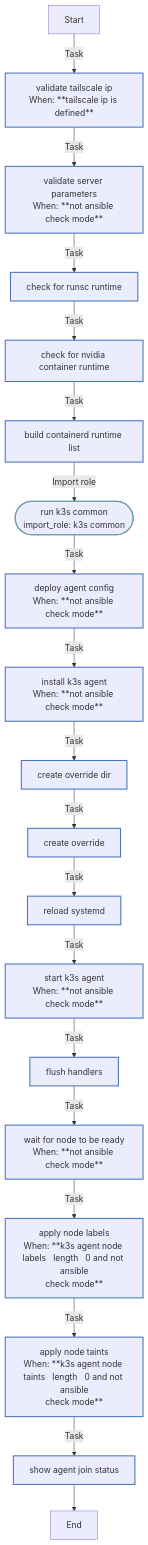
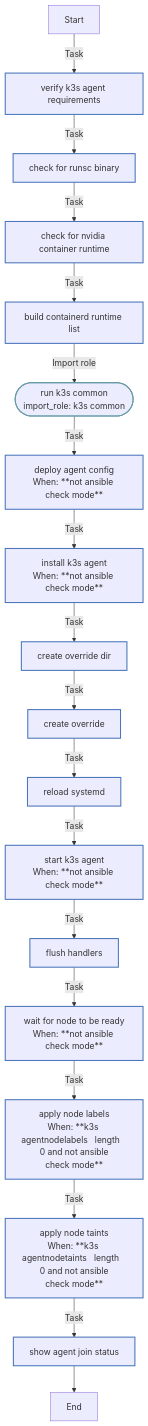
The diagram in roles/k3s_agent/README.md (rou-cru/k3s-homelab), drawn with Mermaid before and after one commit. The commit also changed other lines of this file and 57 other files, not shown here.

````diff
--- a/roles/k3s_agent/README.md
+++ b/roles/k3s_agent/README.md
@@ -143,31 +142,30 @@
 ```mermaid
 flowchart TD
 Start
 classDef block stroke:#3498db,stroke-width:2px;
 classDef task stroke:#4b76bb,stroke-width:2px;
 classDef includeTasks stroke:#16a085,stroke-width:2px;
 classDef importTasks stroke:#34495e,stroke-width:2px;
 classDef includeRole stroke:#2980b9,stroke-width:2px;
 classDef importRole stroke:#699ba7,stroke-width:2px;
 classDef includeVars stroke:#8e44ad,stroke-width:2px;
 classDef rescue stroke:#665352,stroke-width:2px;
 
-  Start-->|Task| Validate_Tailscale_IP0[validate tailscale ip<br>When: **tailscale ip is defined**]:::task
-  Validate_Tailscale_IP0-->|Task| Validate_server_parameters1[validate server parameters<br>When: **not ansible check mode**]:::task
-  Validate_server_parameters1-->|Task| Check_for_runsc_runtime2[check for runsc runtime]:::task
-  Check_for_runsc_runtime2-->|Task| Check_for_NVIDIA_container_runtime3[check for nvidia container runtime]:::task
-  Check_for_NVIDIA_container_runtime3-->|Task| Build_containerd_runtime_list4[build containerd runtime list]:::task
-  Build_containerd_runtime_list4-->|Import role| Run_K3s_Common_k3s_common_5([run k3s common<br>import_role: k3s common]):::importRole
-  Run_K3s_Common_k3s_common_5-->|Task| Deploy_agent_config6[deploy agent config<br>When: **not ansible check mode**]:::task
-  Deploy_agent_config6-->|Task| Install_K3s_agent7[install k3s agent<br>When: **not ansible check mode**]:::task
-  Install_K3s_agent7-->|Task| Create_override_dir8[create override dir]:::task
-  Create_override_dir8-->|Task| Create_override9[create override]:::task
-  Create_override9-->|Task| Reload_systemd10[reload systemd]:::task
-  Reload_systemd10-->|Task| Start_K3s_agent11[start k3s agent<br>When: **not ansible check mode**]:::task
-  Start_K3s_agent11-->|Task| Flush_handlers12[flush handlers]:::task
-  Flush_handlers12-->|Task| Wait_for_node_to_be_ready13[wait for node to be ready<br>When: **not ansible check mode**]:::task
-  Wait_for_node_to_be_ready13-->|Task| Apply_node_labels14[apply node labels<br>When: **k3s agent node labels   length   0 and not ansible<br>check mode**]:::task
-  Apply_node_labels14-->|Task| Apply_node_taints15[apply node taints<br>When: **k3s agent node taints   length   0 and not ansible<br>check mode**]:::task
-  Apply_node_taints15-->|Task| Show_agent_join_status16[show agent join status]:::task
-  Show_agent_join_status16-->End
+  Start-->|Task| Verify_K3s_agent_requirements0[verify k3s agent requirements]:::task
+  Verify_K3s_agent_requirements0-->|Task| Check_for_runsc_binary1[check for runsc binary]:::task
+  Check_for_runsc_binary1-->|Task| Check_for_nvidia_container_runtime2[check for nvidia container runtime]:::task
+  Check_for_nvidia_container_runtime2-->|Task| Build_containerd_runtime_list3[build containerd runtime list]:::task
+  Build_containerd_runtime_list3-->|Import role| Run_K3s_Common_k3s_common_4([run k3s common<br>import_role: k3s common]):::importRole
+  Run_K3s_Common_k3s_common_4-->|Task| Deploy_agent_config5[deploy agent config<br>When: **not ansible check mode**]:::task
+  Deploy_agent_config5-->|Task| Install_K3s_agent6[install k3s agent<br>When: **not ansible check mode**]:::task
+  Install_K3s_agent6-->|Task| Create_override_dir7[create override dir]:::task
+  Create_override_dir7-->|Task| Create_override8[create override]:::task
+  Create_override8-->|Task| Reload_systemd9[reload systemd]:::task
+  Reload_systemd9-->|Task| Start_K3s_agent10[start k3s agent<br>When: **not ansible check mode**]:::task
+  Start_K3s_agent10-->|Task| Flush_handlers11[flush handlers]:::task
+  Flush_handlers11-->|Task| Wait_for_node_to_be_ready12[wait for node to be ready<br>When: **not ansible check mode**]:::task
+  Wait_for_node_to_be_ready12-->|Task| Apply_node_labels13[apply node labels<br>When: **k3s agentnodelabels   length   0 and not ansible<br>check mode**]:::task
+  Apply_node_labels13-->|Task| Apply_node_taints14[apply node taints<br>When: **k3s agentnodetaints   length   0 and not ansible<br>check mode**]:::task
+  Apply_node_taints14-->|Task| Show_agent_join_status15[show agent join status]:::task
+  Show_agent_join_status15-->End
 ```
````
